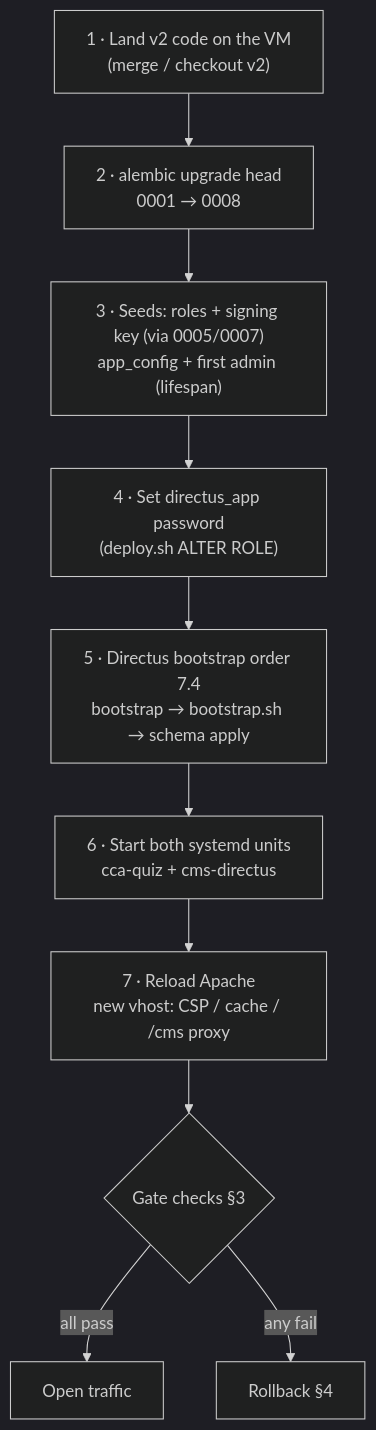
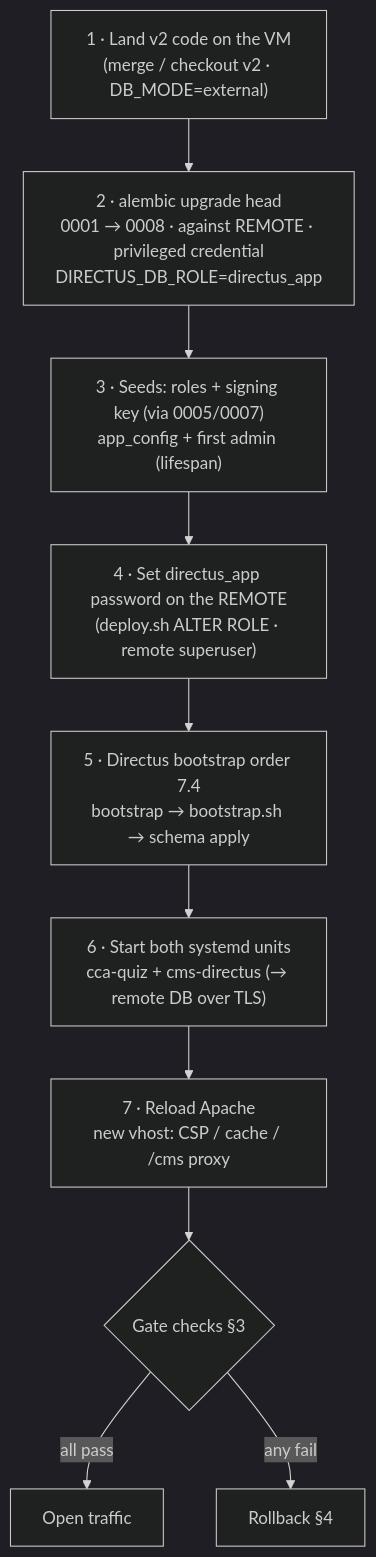
The diagram in docs/architecture/v2/cutover-plan.md (yashmody/code-anatomy), drawn with Mermaid (dark theme) before and after one commit. The commit also changed other lines of this file and 15 other files, not shown here.

First line of the commit message:
docs: remote shared-Postgres topology — cutover pre-flight, RUNBOOK DB ops, docs-site topology diagrams

````diff
--- a/docs/architecture/v2/cutover-plan.md
+++ b/docs/architecture/v2/cutover-plan.md
@@ -171,12 +273,12 @@
 ```mermaid
 flowchart TD
-    A["1 · Land v2 code on the VM<br/>(merge / checkout v2)"] --> B["2 · alembic upgrade head<br/>0001 → 0008"]
+    A["1 · Land v2 code on the VM<br/>(merge / checkout v2 · DB_MODE=external)"] --> B["2 · alembic upgrade head<br/>0001 → 0008 · against REMOTE · privileged credential<br/>DIRECTUS_DB_ROLE=directus_app"]
     B --> C["3 · Seeds: roles + signing key (via 0005/0007)<br/>app_config + first admin (lifespan)"]
-    C --> D["4 · Set directus_app password<br/>(deploy.sh ALTER ROLE)"]
+    C --> D["4 · Set directus_app password on the REMOTE<br/>(deploy.sh ALTER ROLE · remote superuser)"]
     D --> E["5 · Directus bootstrap order 7.4<br/>bootstrap → bootstrap.sh → schema apply"]
-    E --> F["6 · Start both systemd units<br/>cca-quiz + cms-directus"]
+    E --> F["6 · Start both systemd units<br/>cca-quiz + cms-directus (→ remote DB over TLS)"]
     F --> G["7 · Reload Apache<br/>new vhost: CSP / cache / /cms proxy"]
     G --> H{"Gate checks §3"}
     H -->|all pass| I["Open traffic"]
     H -->|any fail| J["Rollback §4"]
 ```
````
